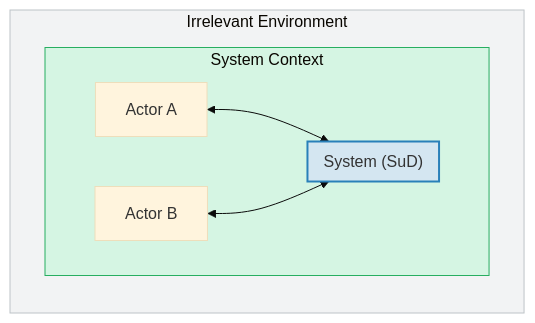
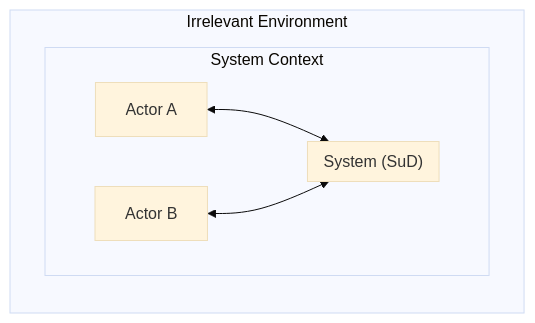
The diagram in docs/chapters/02-principles.md (trunghoduc1992/ireb-cpre-fl), drawn with Mermaid (base theme) before and after one commit. The commit also changed 3 other files, not shown here.

First line of the commit message:
Fix Mermaid dark/light mode contrast and URL restructure

````diff
--- a/docs/chapters/02-principles.md
+++ b/docs/chapters/02-principles.md
@@ -158,16 +158,13 @@
 ```mermaid
 graph LR
   subgraph Irrelevant["Irrelevant Environment"]
     subgraph Context["System Context"]
       subgraph System["System (SuD)"]
       end
       A[Actor A]
       B[Actor B]
     end
   end
   A <--> System
   B <--> System
-  style System fill:#d4e6f1,stroke:#2980b9,stroke-width:2px
-  style Context fill:#d5f5e3,stroke:#27ae60
-  style Irrelevant fill:#f2f3f4,stroke:#bdc3c7
 ```
````
